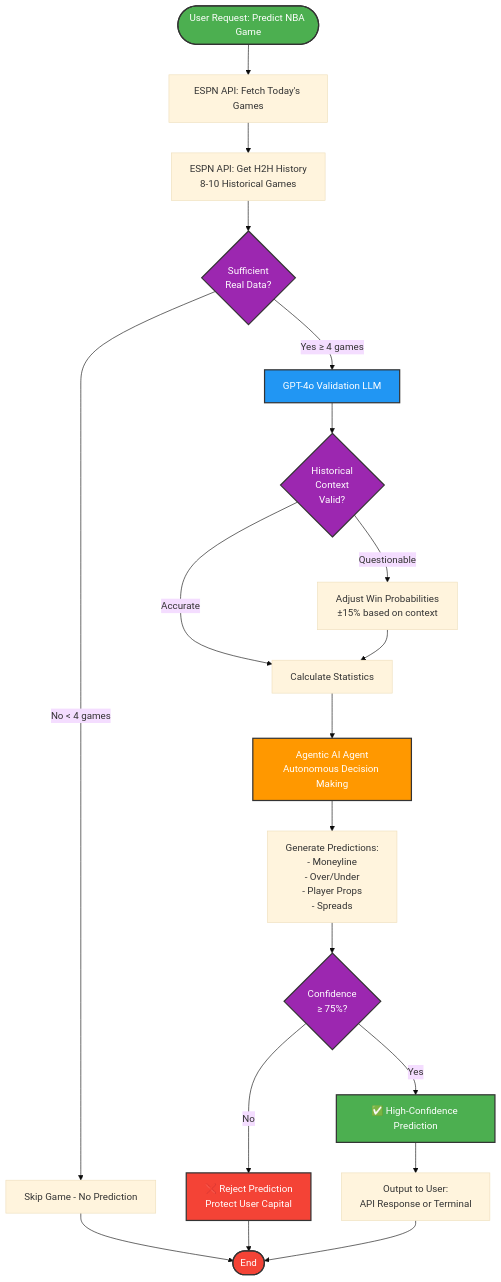
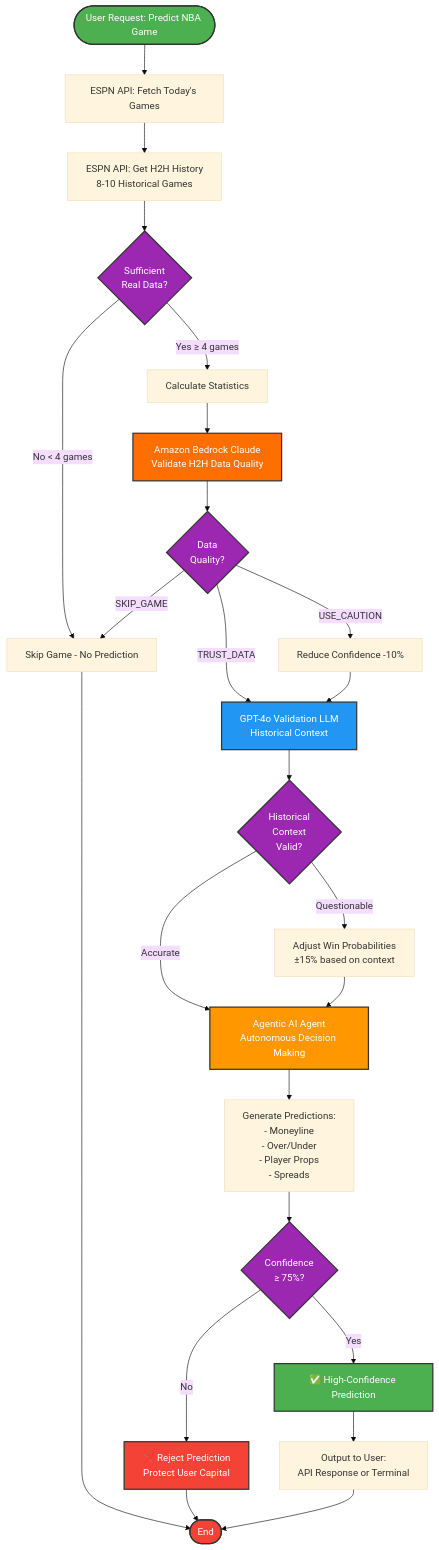
Before and after one commit to bowale01/nba-gamepredict-ai-agent: the diagram in README.md, drawn with Mermaid (base theme). The commit also changed other lines of this file and 36 other files, not shown here.

First line of the commit message:
feat: Add Bedrock AI validation for real money betting safety

````diff
--- a/README.md
+++ b/README.md
@@ -90,43 +118,53 @@
 ```mermaid
 flowchart TD
     Start([User Request: Predict NBA Game]) --> FetchGames[ESPN API: Fetch Today's Games]
     
     FetchGames --> H2H[ESPN API: Get H2H History<br/>8-10 Historical Games]
     
     H2H --> CheckData{Sufficient<br/>Real Data?}
     
     CheckData -->|No < 4 games| Skip[Skip Game - No Prediction]
-    CheckData -->|Yes ≥ 4 games| GPT4o[GPT-4o Validation LLM]
+    CheckData -->|Yes ≥ 4 games| Calculate[Calculate Statistics]
+    
+    Calculate --> Bedrock[Amazon Bedrock Claude<br/>Validate H2H Data Quality]
+    
+    Bedrock --> BedrockCheck{Data<br/>Quality?}
+    
+    BedrockCheck -->|SKIP_GAME| Skip
+    BedrockCheck -->|USE_CAUTION| AdjustDown[Reduce Confidence -10%]
+    BedrockCheck -->|TRUST_DATA| GPT4o[GPT-4o Validation LLM<br/>Historical Context]
+    
+    AdjustDown --> GPT4o
     
     GPT4o --> Validate{Historical<br/>Context<br/>Valid?}
     
     Validate -->|Questionable| Adjust[Adjust Win Probabilities<br/>±15% based on context]
-    Validate -->|Accurate| Calculate[Calculate Statistics]
+    Validate -->|Accurate| Agent[Agentic AI Agent<br/>Autonomous Decision Making]
     
-    Adjust --> Calculate
-    
-    Calculate --> Agent[Agentic AI Agent<br/>Autonomous Decision Making]
+    Adjust --> Agent
     
     Agent --> Predict[Generate Predictions:<br/>- Moneyline<br/>- Over/Under<br/>- Player Props<br/>- Spreads]
     
     Predict --> Filter{Confidence<br/>≥ 75%?}
     
     Filter -->|No| Reject[❌ Reject Prediction<br/>Protect User Capital]
     Filter -->|Yes| Approve[✅ High-Confidence Prediction]
     
     Approve --> Output[Output to User:<br/>API Response or Terminal]
     
     Skip --> End([End])
     Reject --> End
     Output --> End
     
     style Start fill:#4CAF50,stroke:#333,stroke-width:2px,color:#fff
     style End fill:#f44336,stroke:#333,stroke-width:2px,color:#fff
+    style Bedrock fill:#FF6F00,stroke:#333,stroke-width:2px,color:#fff
     style GPT4o fill:#2196F3,stroke:#333,stroke-width:2px,color:#fff
     style Agent fill:#FF9800,stroke:#333,stroke-width:2px,color:#fff
     style Approve fill:#4CAF50,stroke:#333,stroke-width:2px,color:#fff
     style Reject fill:#f44336,stroke:#333,stroke-width:2px,color:#fff
     style Filter fill:#9C27B0,stroke:#333,stroke-width:2px,color:#fff
     style Validate fill:#9C27B0,stroke:#333,stroke-width:2px,color:#fff
     style CheckData fill:#9C27B0,stroke:#333,stroke-width:2px,color:#fff
+    style BedrockCheck fill:#9C27B0,stroke:#333,stroke-width:2px,color:#fff
 ```
````
